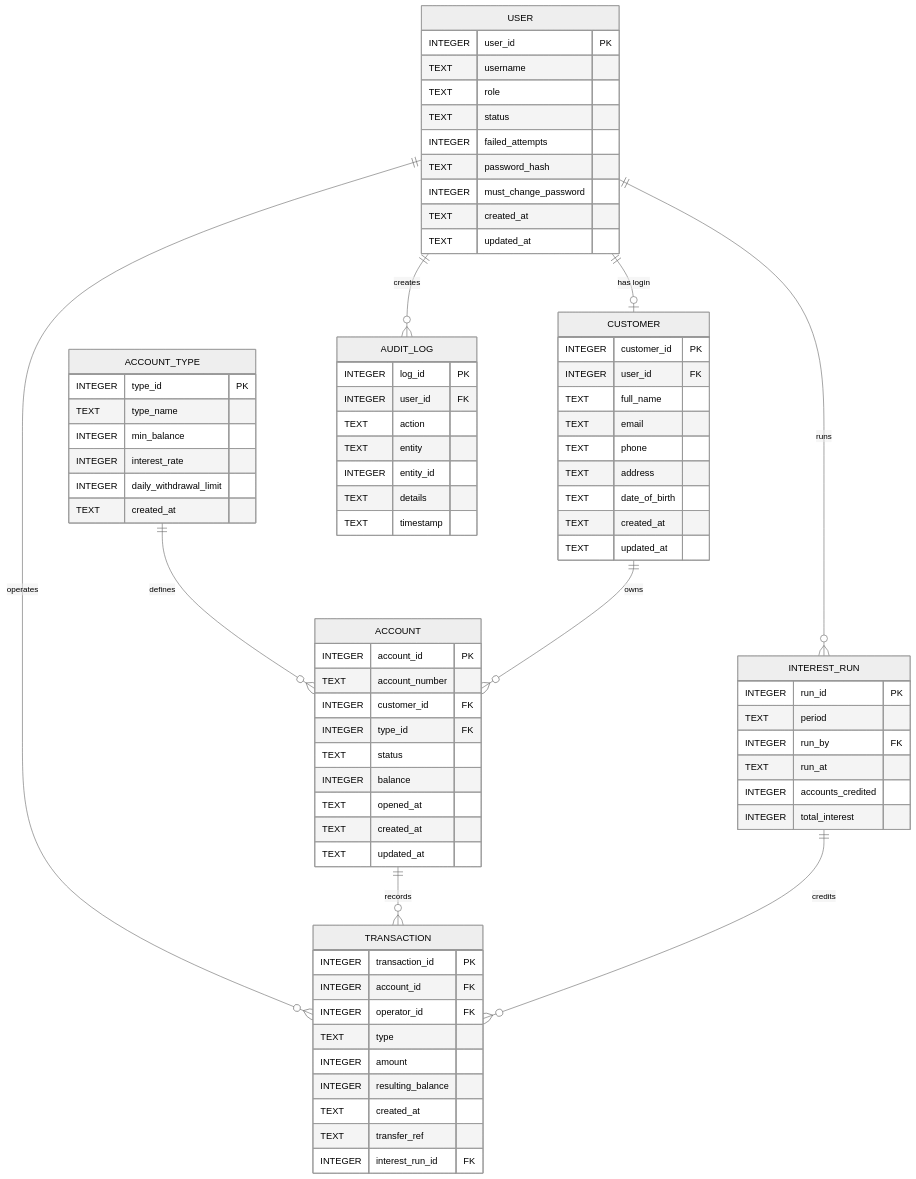
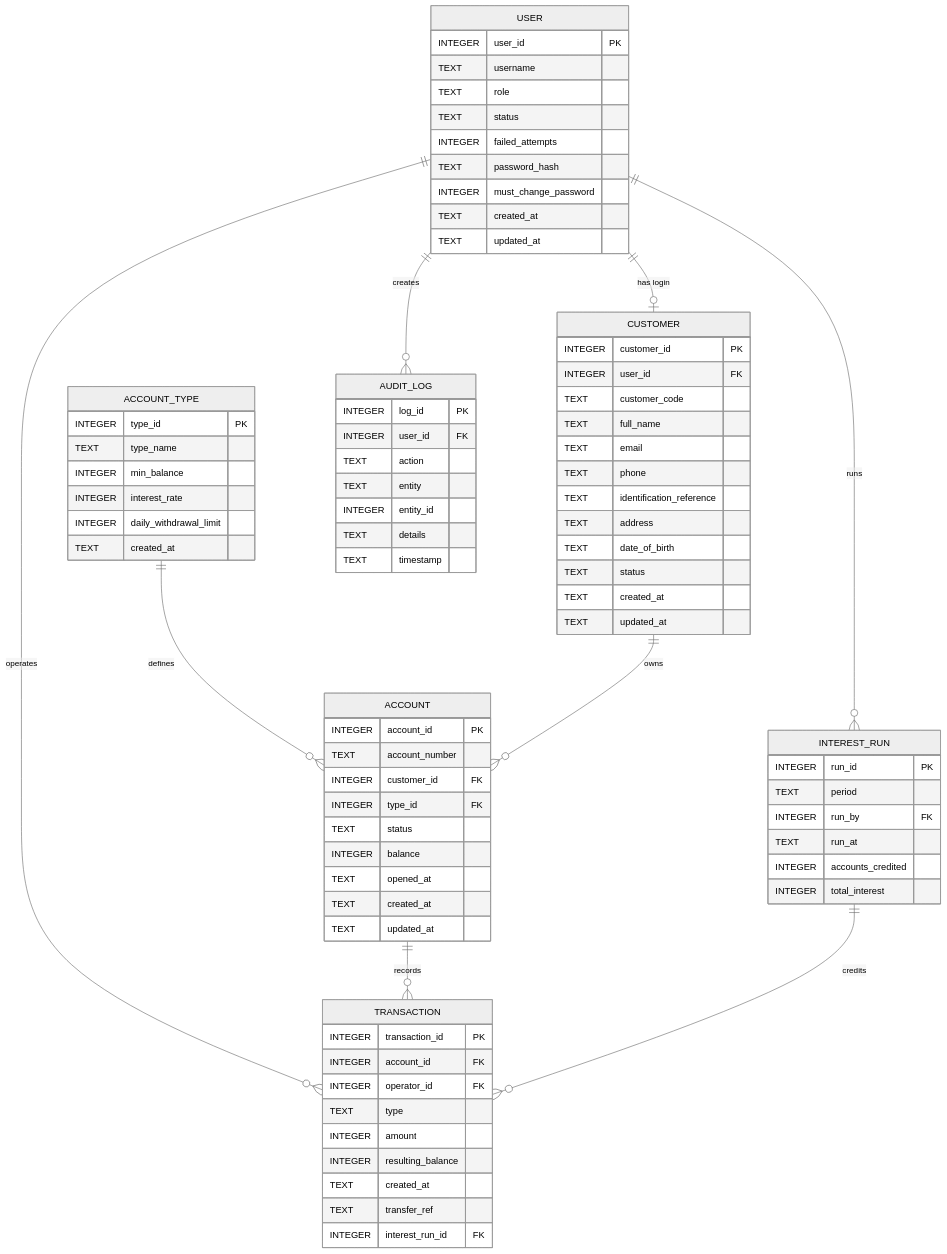
The diagram in design/er-diagram.mmd (PES-BankManagementSystem/Bank-Management-System), drawn with Mermaid (neutral theme) before and after one commit. The commit also changed 3 other files, not shown here.

Commit message:
docs(srs): refresh diagram and revision details

```diff
--- a/design/er-diagram.mmd
+++ b/design/er-diagram.mmd
@@ -1,85 +1,88 @@
 erDiagram
     USER ||--o| CUSTOMER : "has login"
     USER ||--o{ TRANSACTION : "operates"
     ACCOUNT_TYPE ||--o{ ACCOUNT : "defines"
     CUSTOMER ||--o{ ACCOUNT : "owns"
     ACCOUNT ||--o{ TRANSACTION : "records"
     INTEREST_RUN ||--o{ TRANSACTION : "credits"
     USER ||--o{ INTEREST_RUN : "runs"
     USER ||--o{ AUDIT_LOG : "creates"
 
     USER {
         INTEGER user_id PK
         TEXT username
         TEXT role
         TEXT status
         INTEGER failed_attempts
         TEXT password_hash
         INTEGER must_change_password
         TEXT created_at
         TEXT updated_at
     }
 
     CUSTOMER {
         INTEGER customer_id PK
         INTEGER user_id FK
+        TEXT customer_code
         TEXT full_name
         TEXT email
         TEXT phone
+        TEXT identification_reference
         TEXT address
         TEXT date_of_birth
+        TEXT status
         TEXT created_at
         TEXT updated_at
     }
 
     ACCOUNT_TYPE {
         INTEGER type_id PK
         TEXT type_name
         INTEGER min_balance
         INTEGER interest_rate
         INTEGER daily_withdrawal_limit
         TEXT created_at
     }
 
     ACCOUNT {
         INTEGER account_id PK
         TEXT account_number
         INTEGER customer_id FK
         INTEGER type_id FK
         TEXT status
         INTEGER balance
         TEXT opened_at
         TEXT created_at
         TEXT updated_at
     }
 
     TRANSACTION {
         INTEGER transaction_id PK
         INTEGER account_id FK
         INTEGER operator_id FK
         TEXT type
         INTEGER amount
         INTEGER resulting_balance
         TEXT created_at
         TEXT transfer_ref
         INTEGER interest_run_id FK
     }
 
     AUDIT_LOG {
         INTEGER log_id PK
         INTEGER user_id FK
         TEXT action
         TEXT entity
         INTEGER entity_id
         TEXT details
         TEXT timestamp
     }
 
     INTEREST_RUN {
         INTEGER run_id PK
         TEXT period
         INTEGER run_by FK
         TEXT run_at
         INTEGER accounts_credited
         INTEGER total_interest
     }
```
